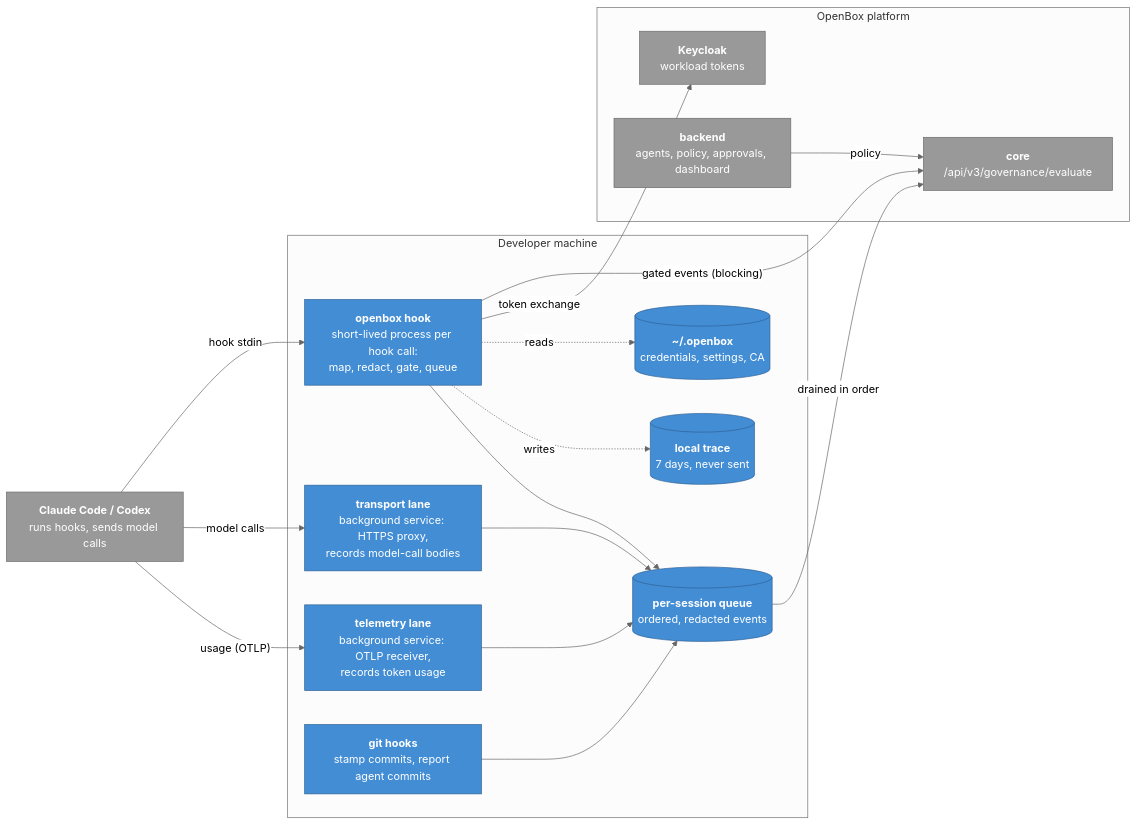
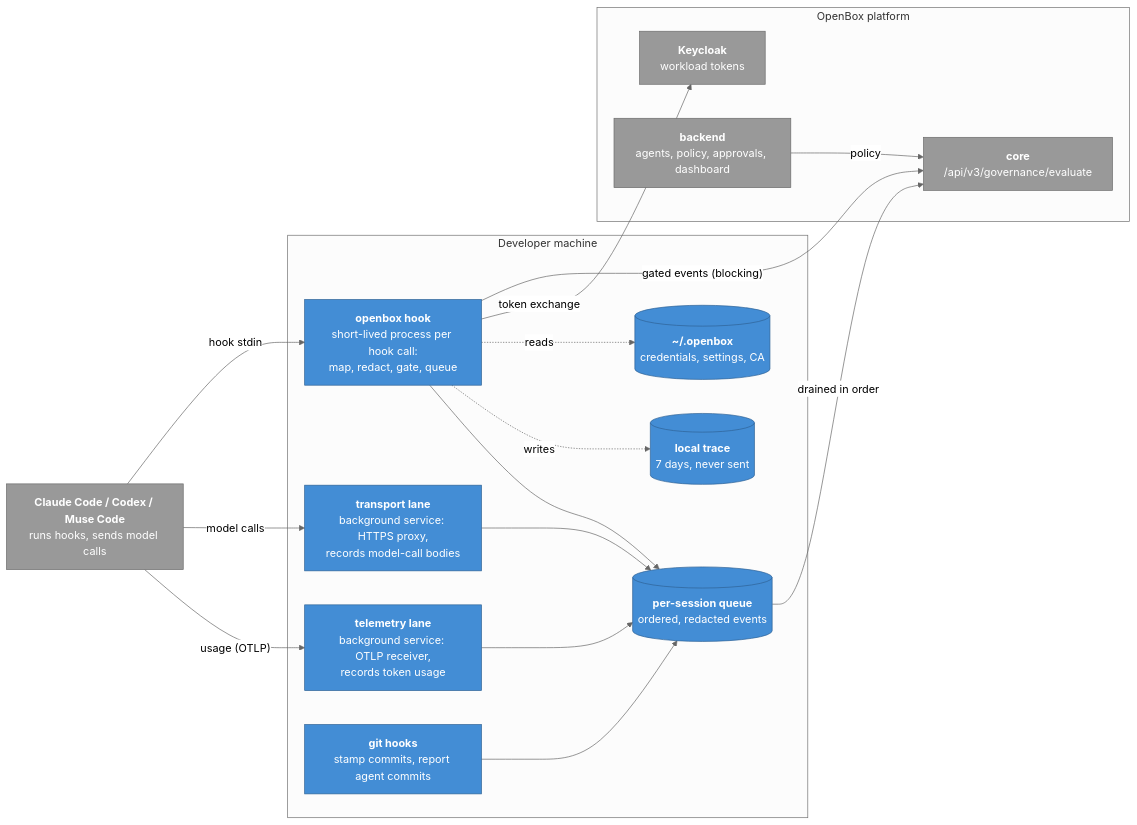
The second of 4 diagrams in docs/architecture.md (OpenBox-AI/openbox-shift-left), drawn with Mermaid (neutral theme) before and after one commit. The commit also changed other lines of this file and 9 other files, not shown here.

First line of the commit message:
docs: document Muse Code as the third governed tool

````diff
--- a/docs/architecture.md
+++ b/docs/architecture.md
@@ -62,37 +62,37 @@
 ```mermaid
 flowchart LR
-  tool["<b>Claude Code / Codex</b><br/>runs hooks, sends model calls"]:::external
+  tool["<b>Claude Code / Codex / Muse Code</b><br/>runs hooks, sends model calls"]:::external
   subgraph machine["Developer machine"]
     hook["<b>openbox hook</b><br/>short-lived process per hook call:<br/>map, redact, gate, queue"]:::container
     transport["<b>transport lane</b><br/>background service: HTTPS proxy,<br/>records model-call bodies"]:::container
     telemetry["<b>telemetry lane</b><br/>background service: OTLP receiver,<br/>records token usage"]:::container
     githook["<b>git hooks</b><br/>stamp commits, report agent commits"]:::container
     spool[("<b>per-session queue</b><br/>ordered, redacted events")]:::store
     config[("<b>~/.openbox</b><br/>credentials, settings, CA")]:::store
     trace[("<b>local trace</b><br/>7 days, never sent")]:::store
   end
   subgraph platform["OpenBox platform"]
     core["<b>core</b><br/>/api/v3/governance/evaluate"]:::external
     kc["<b>Keycloak</b><br/>workload tokens"]:::external
     backend["<b>backend</b><br/>agents, policy, approvals, dashboard"]:::external
   end
   tool -- "hook stdin" --> hook
   tool -- "model calls" --> transport
   tool -- "usage (OTLP)" --> telemetry
   hook -- "gated events (blocking)" --> core
   hook -- "token exchange" --> kc
   hook -. reads .-> config
   hook -. writes .-> trace
   hook --> spool
   transport --> spool
   telemetry --> spool
   githook --> spool
   spool -- "drained in order" --> core
   backend -- policy --> core
   classDef person fill:#08427b,stroke:#052e56,color:#fff
   classDef system fill:#1168bd,stroke:#0b4884,color:#fff
   classDef container fill:#438dd5,stroke:#2e6295,color:#fff
   classDef component fill:#85bbf0,stroke:#5d82a8,color:#000
   classDef store fill:#438dd5,stroke:#2e6295,color:#fff
   classDef external fill:#999999,stroke:#6b6b6b,color:#fff
 ```
````
